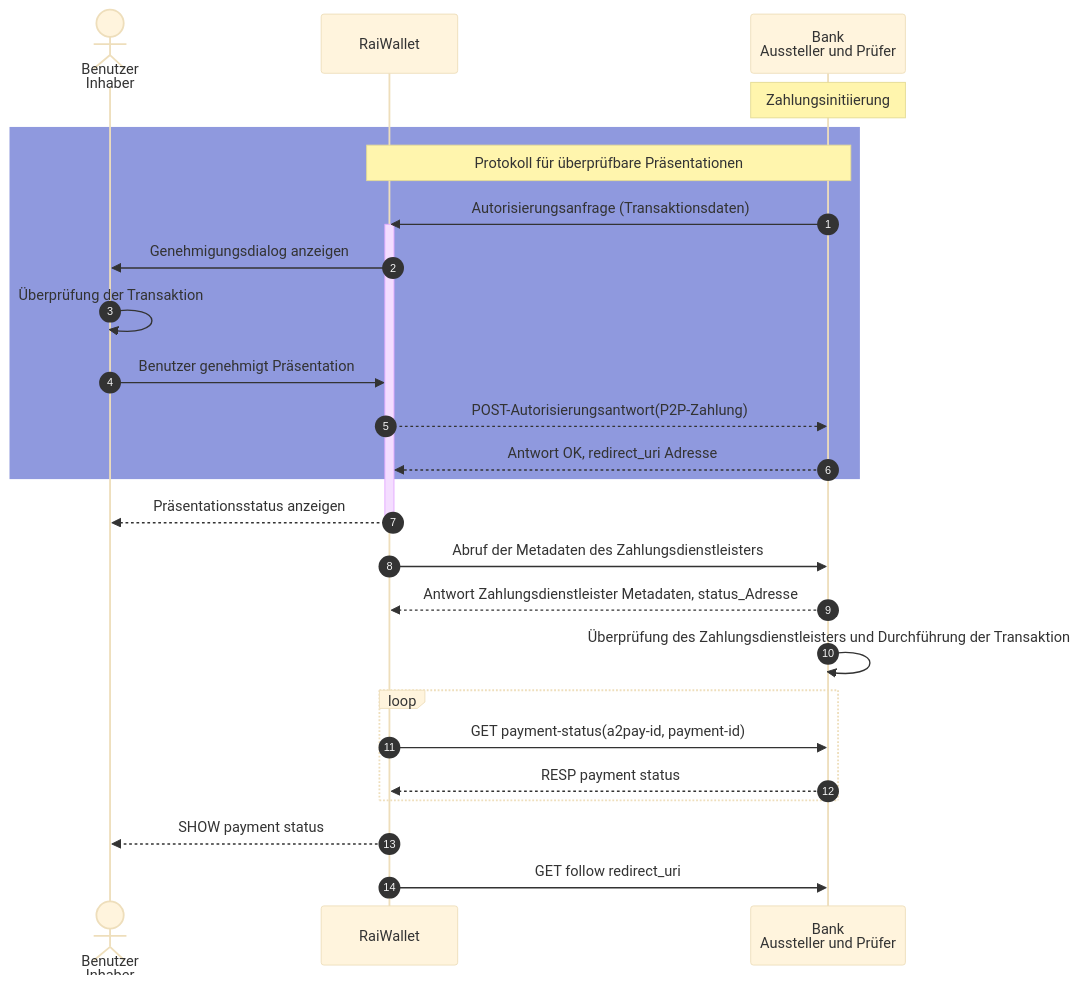
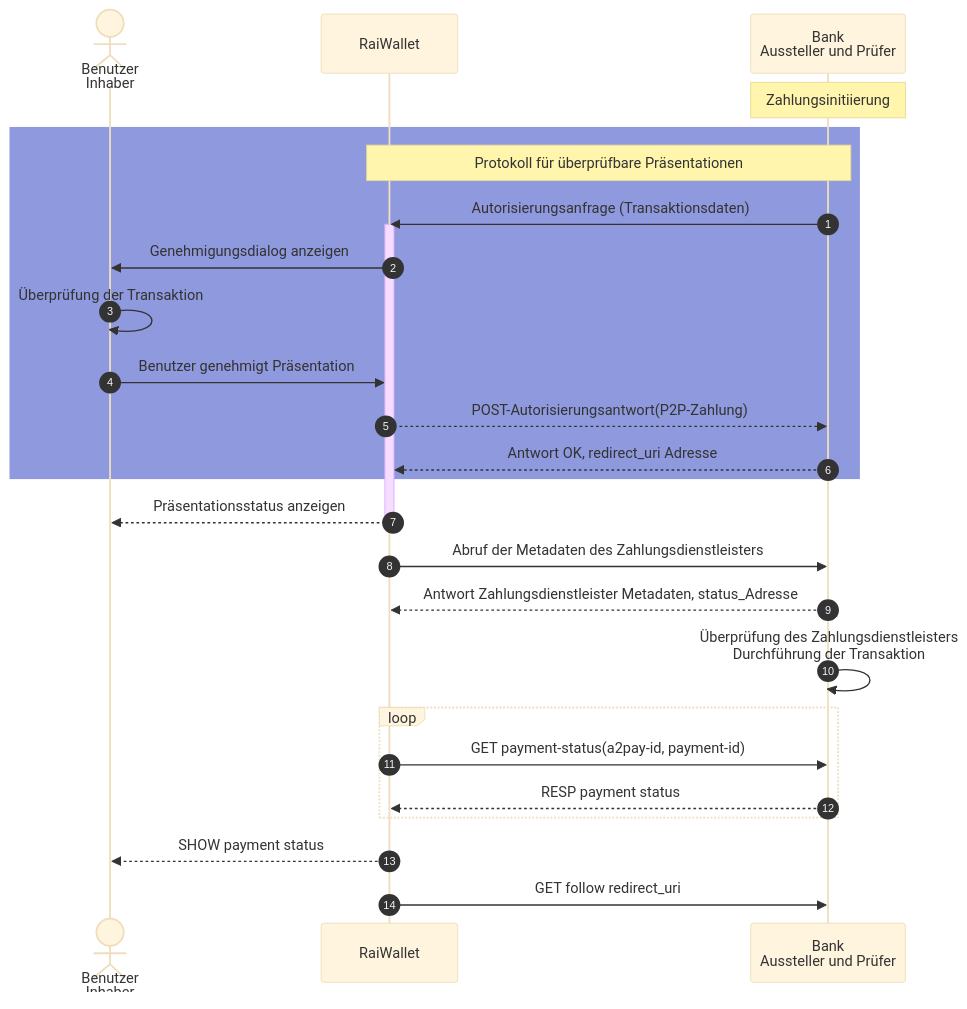
The diagram in readme.md (frogman/tomcat), drawn with Mermaid (base theme) before and after one commit.

````diff
--- a/readme.md
+++ b/readme.md
@@ -1,33 +1,33 @@
 ```mermaid
 
 sequenceDiagram
     autonumber
     actor user as Benutzer<br/>Inhaber
     participant wallet as RaiWallet 
     participant psp as Bank<br/>Aussteller und Prüfer
 
     Note over psp: Zahlungsinitiierung
     rect rgb(143, 153, 222)
     note over wallet, psp: Protokoll für überprüfbare Präsentationen
     psp ->> wallet: Autorisierungsanfrage (Transaktionsdaten)
     activate wallet
     wallet ->> user: Genehmigungsdialog anzeigen
     user ->> user: Überprüfung der Transaktion
     user ->> wallet: Benutzer genehmigt Präsentation
     wallet -->> psp: POST-Autorisierungsantwort(P2P-Zahlung)
     psp -->> wallet: Antwort OK, redirect_uri Adresse
     end
     wallet -->> user: Präsentationsstatus anzeigen
     deactivate wallet
     wallet ->> psp: Abruf der Metadaten des Zahlungsdienstleisters
     psp -->> wallet: Antwort Zahlungsdienstleister Metadaten, status_Adresse
-    psp ->> psp: Überprüfung des Zahlungsdienstleisters und Durchführung der Transaktion
+    psp ->> psp: Überprüfung des Zahlungsdienstleisters <br/> Durchführung der Transaktion
     loop
     wallet ->> psp: GET payment-status(a2pay-id, payment-id)
 
     psp -->> wallet: RESP payment status 
     end
     wallet -->> user: SHOW payment status
     wallet ->> psp: GET follow redirect_uri
 
 ```
````
